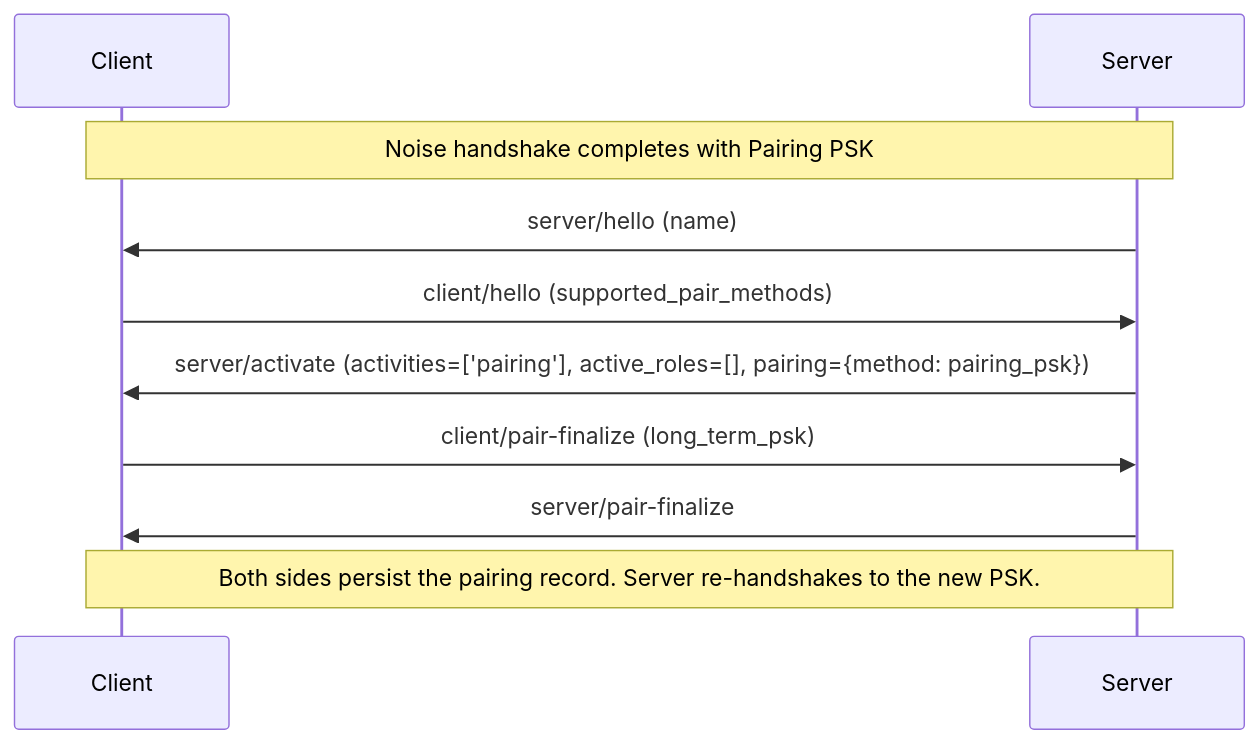
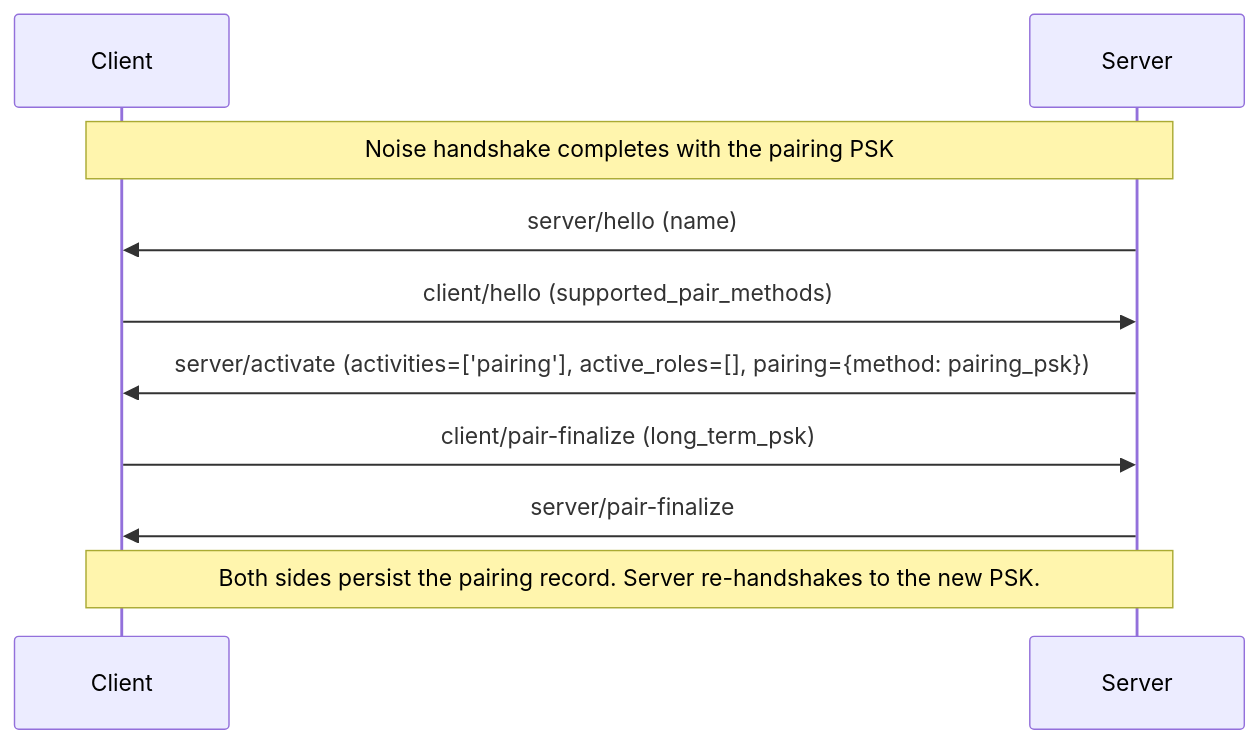
The second of 4 diagrams in README.md (Resonate-Protocol/spec), drawn with Mermaid before and after one commit. The commit also changed other lines of this file and 5 other files, not shown here.

````diff
--- a/README.md
+++ b/README.md
@@ -774,14 +774,14 @@
 ```mermaid
 sequenceDiagram
     participant Client
     participant Server
 
-    Note over Client,Server: Noise handshake completes with Pairing PSK
+    Note over Client,Server: Noise handshake completes with the pairing PSK
 
     Server->>Client: server/hello (name)
     Client->>Server: client/hello (supported_pair_methods)
     Server->>Client: server/activate (activities=['pairing'], active_roles=[], pairing={method: pairing_psk})
     Client->>Server: client/pair-finalize (long_term_psk)
     Server->>Client: server/pair-finalize
     Note over Client,Server: Both sides persist the pairing record. Server re-handshakes to the new PSK.
 ```
````
